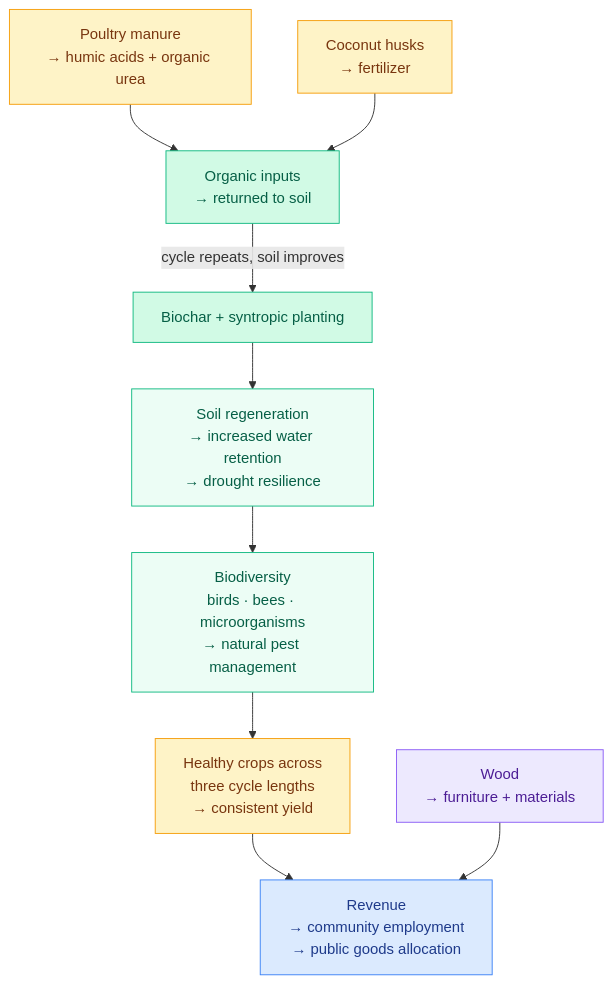
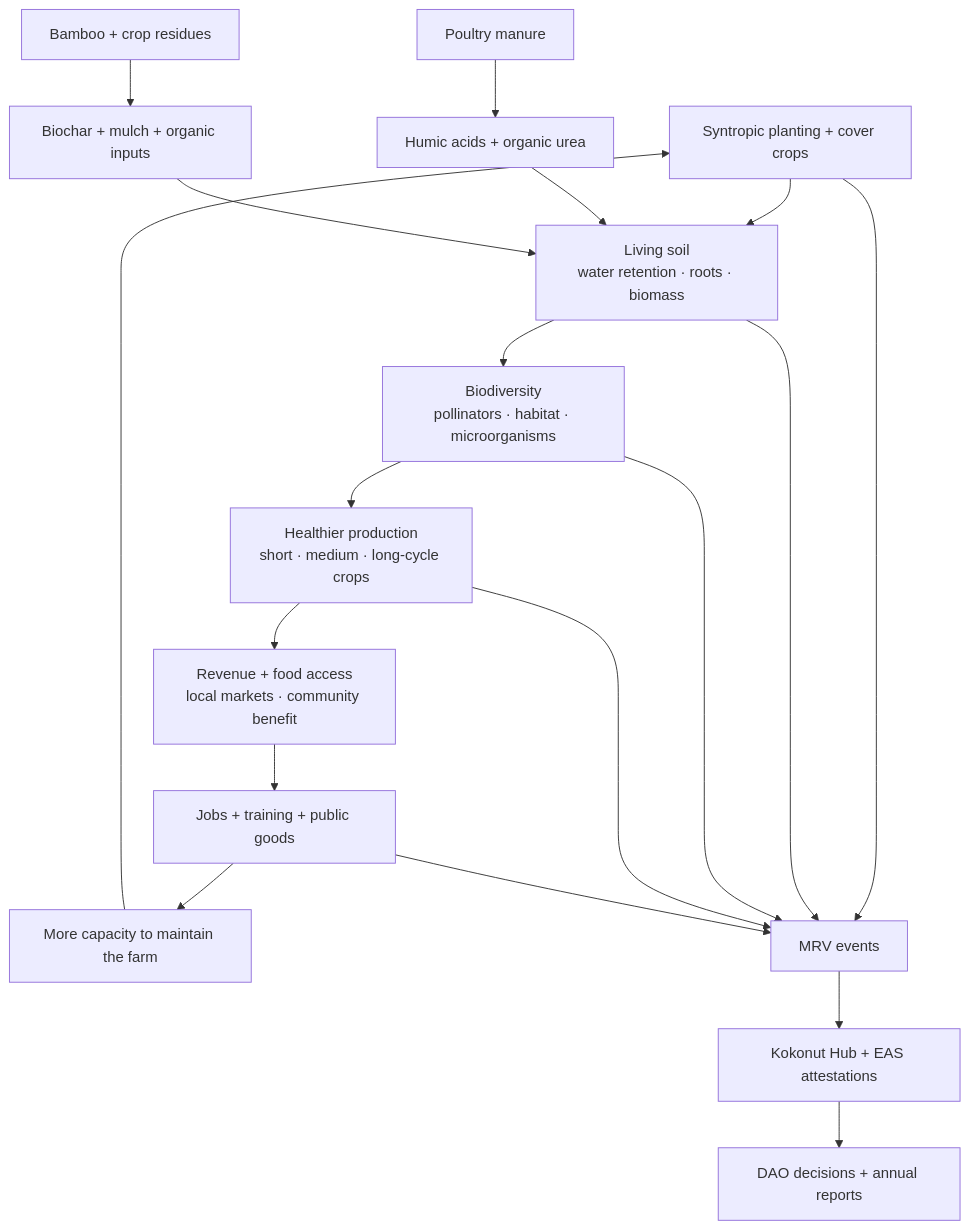
The first of 2 diagrams in kokonut-framework/framework-components/framework-features/methodology-positive-impact.mdx (wasalo/Kokonut-Public-Site), drawn with Mermaid before and after one commit. The commit also changed other lines of this file, not shown here.

````diff
--- a/kokonut-framework/framework-components/framework-features/methodology-positive-impact.mdx
+++ b/kokonut-framework/framework-components/framework-features/methodology-positive-impact.mdx
@@ -16,32 +82,24 @@
 ```mermaid
 flowchart TD
-    A["Biochar + syntropic planting"]
-    B["Soil regeneration\n→ increased water retention\n→ drought resilience"]
-    C["Biodiversity\nbirds · bees · microorganisms\n→ natural pest management"]
-    D["Healthy crops across\nthree cycle lengths\n→ consistent yield"]
-    E["Revenue\n→ community employment\n→ public goods allocation"]
-    F["Poultry manure\n→ humic acids + organic urea"]
-    G["Coconut husks\n→ fertilizer"]
-    H["Wood\n→ furniture + materials"]
-    I["Organic inputs\n→ returned to soil"]
+    A["Syntropic planting + cover crops"] --> B["Living soil\nwater retention · roots · biomass"]
+    B --> C["Biodiversity\npollinators · habitat · microorganisms"]
+    C --> D["Healthier production\nshort · medium · long-cycle crops"]
+    D --> E["Revenue + food access\nlocal markets · community benefit"]
+    E --> F["Jobs + training + public goods"]
+    F --> G["More capacity to maintain the farm"]
+    G --> A
 
-    A --> B
-    B --> C
-    C --> D
-    D --> E
+    H["Poultry manure"] --> I["Humic acids + organic urea"]
+    I --> B
 
-    F --> I
-    G --> I
-    H --> E
-    I -->|"cycle repeats, soil improves"| A
+    J["Bamboo + crop residues"] --> K["Biochar + mulch + organic inputs"]
+    K --> B
 
-    style A fill:#d1fae5,stroke:#10b981,color:#065f46
-    style B fill:#ecfdf5,stroke:#10b981,color:#065f46
-    style C fill:#ecfdf5,stroke:#10b981,color:#065f46
-    style D fill:#fef3c7,stroke:#f59e0b,color:#78350f
-    style E fill:#dbeafe,stroke:#3b82f6,color:#1e3a8a
-    style F fill:#fef3c7,stroke:#f59e0b,color:#78350f
-    style G fill:#fef3c7,stroke:#f59e0b,color:#78350f
-    style H fill:#ede9fe,stroke:#8b5cf6,color:#4c1d95
-    style I fill:#d1fae5,stroke:#10b981,color:#065f46
+    A --> L["MRV events"]
+    B --> L
+    C --> L
+    D --> L
+    F --> L
+    L --> M["Kokonut Hub + EAS attestations"]
+    M --> N["DAO decisions + annual reports"]
 ```
````
